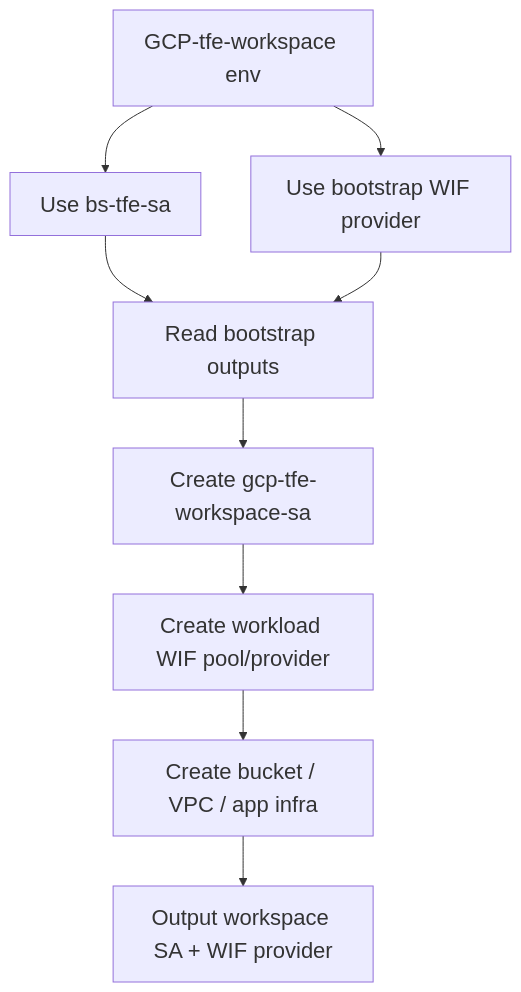
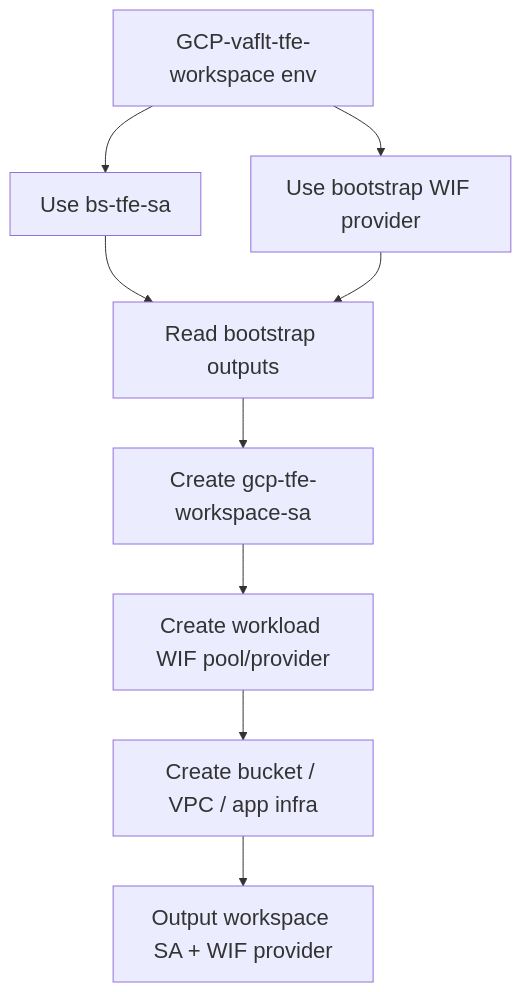
The second of 4 diagrams in docs/DAILY-WORKSPACE-FLOW.md (UttamGiri/GCP-Bootstrap), drawn with Mermaid before and after one commit. The commit also changed other lines of this file and 14 other files, not shown here.

First line of the commit message:
Configure vaflt bootstrap and workload TFE workspaces for new GCP project.

````diff
--- a/docs/DAILY-WORKSPACE-FLOW.md
+++ b/docs/DAILY-WORKSPACE-FLOW.md
@@ -45,21 +45,21 @@
 ```mermaid
 %%{init: {'themeVariables': {'fontSize': '22px'}}}%%
 flowchart TB
-    A1["GCP-tfe-workspace env"]
+    A1["GCP-vaflt-tfe-workspace env"]
     A2["Use bs-tfe-sa"]
     A3["Use bootstrap WIF provider"]
     W1["Read bootstrap outputs"]
     W2["Create gcp-tfe-workspace-sa"]
     W3["Create workload WIF pool/provider"]
     W4["Create bucket / VPC / app infra"]
     W5["Output workspace SA + WIF provider"]
 
     A1 --> A2
     A1 --> A3
     A2 --> W1
     A3 --> W1
     W1 --> W2
     W2 --> W3
     W3 --> W4
     W4 --> W5
 ```
````
